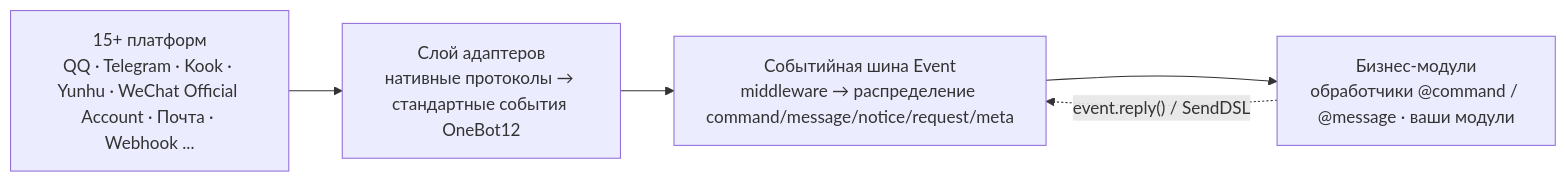
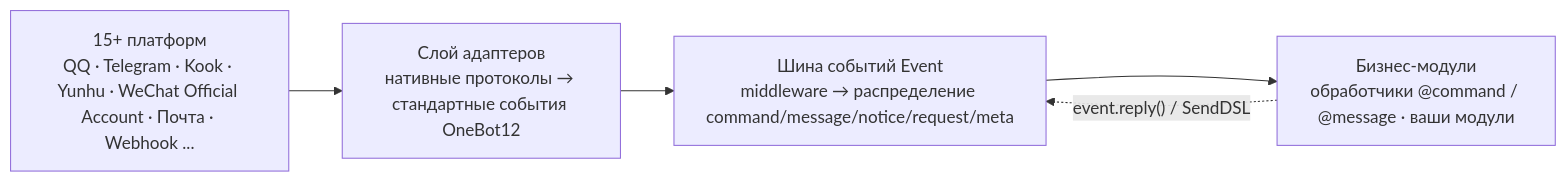
The first of 2 diagrams in README.ru.md (ErisPulse/ErisPulse), drawn with Mermaid before and after one commit. The commit also changed other lines of this file and 4 other files, not shown here.

````diff
--- a/README.ru.md
+++ b/README.ru.md
@@ -111,9 +111,9 @@
 ```mermaid
 graph LR
     P["15+ платформ<br/>QQ · Telegram · Kook · Yunhu · WeChat Official Account · Почта · Webhook ..."]
     A["Слой адаптеров<br/>нативные протоколы → стандартные события OneBot12"]
-    Event["Событийная шина Event<br/>middleware → распределение command/message/notice/request/meta"]
+    Event["Шина событий Event<br/>middleware → распределение command/message/notice/request/meta"]
     M["Бизнес-модули<br/>обработчики @command / @message · ваши модули"]
     P --> A --> Event --> M
     M -.->|"event.reply() / SendDSL"| Event
 ```
````
